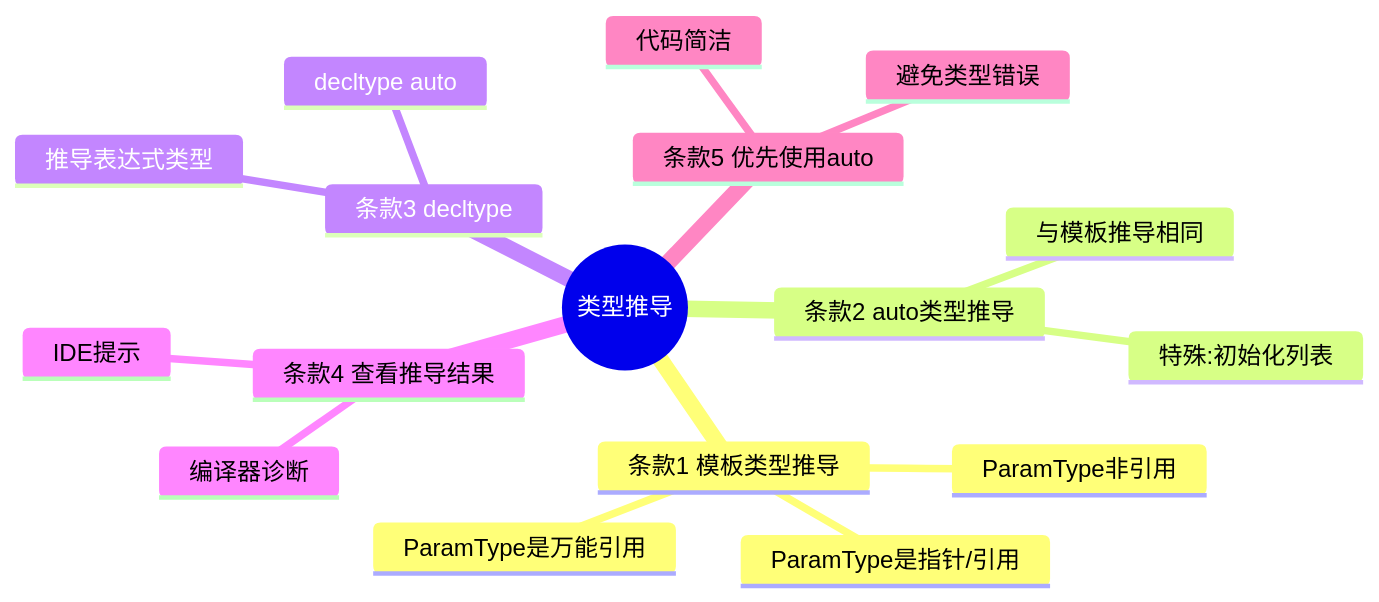
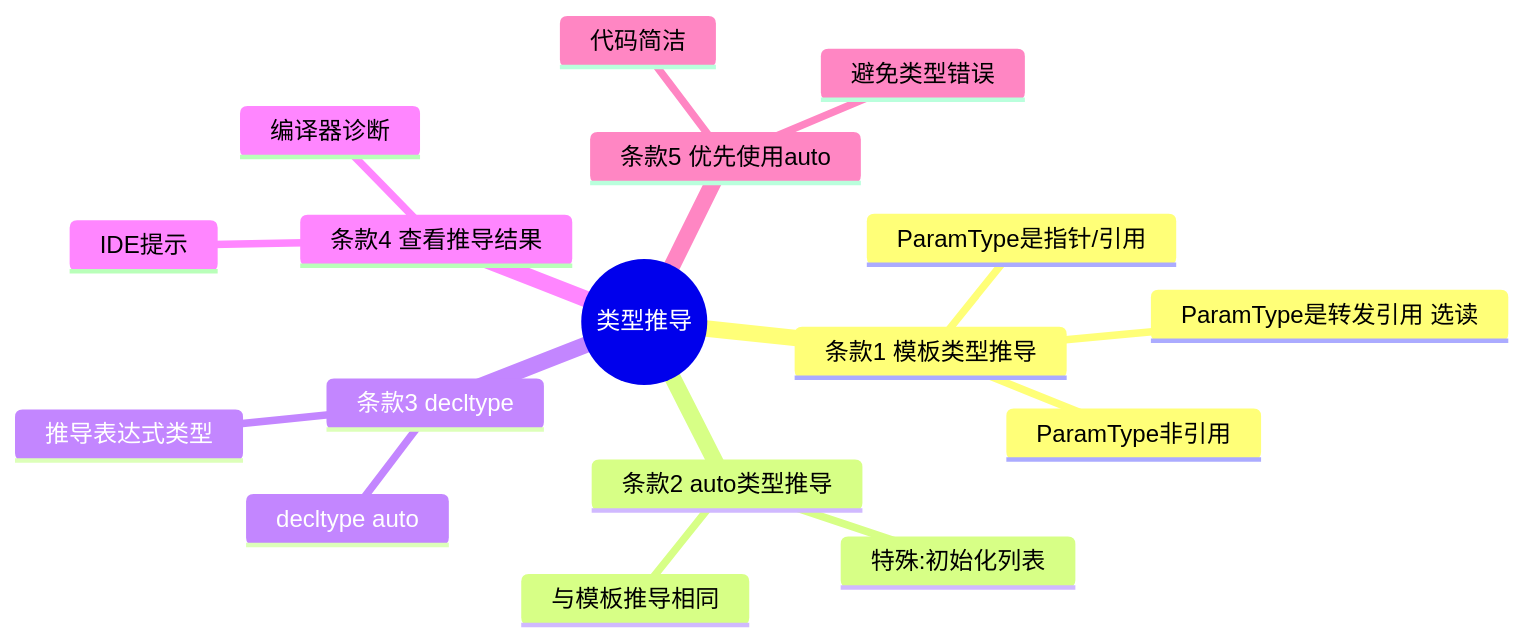
Before and after one commit to mlbo/cpp_learning: the second of 6 diagrams in week_01/day_01/README.md, drawn with Mermaid. The commit also changed other lines of this file and 675 other files, not shown here.

````diff
--- a/week_01/day_01/README.md
+++ b/week_01/day_01/README.md
@@ -68,20 +170,20 @@
 ```mermaid
 mindmap
   root((类型推导))
     条款1 模板类型推导
       ParamType是指针/引用
-      ParamType是万能引用
+      ParamType是转发引用 选读
       ParamType非引用
     条款2 auto类型推导
       与模板推导相同
       特殊:初始化列表
     条款3 decltype
       推导表达式类型
       decltype auto
     条款4 查看推导结果
       IDE提示
       编译器诊断
     条款5 优先使用auto
       避免类型错误
       代码简洁
 ```
````
